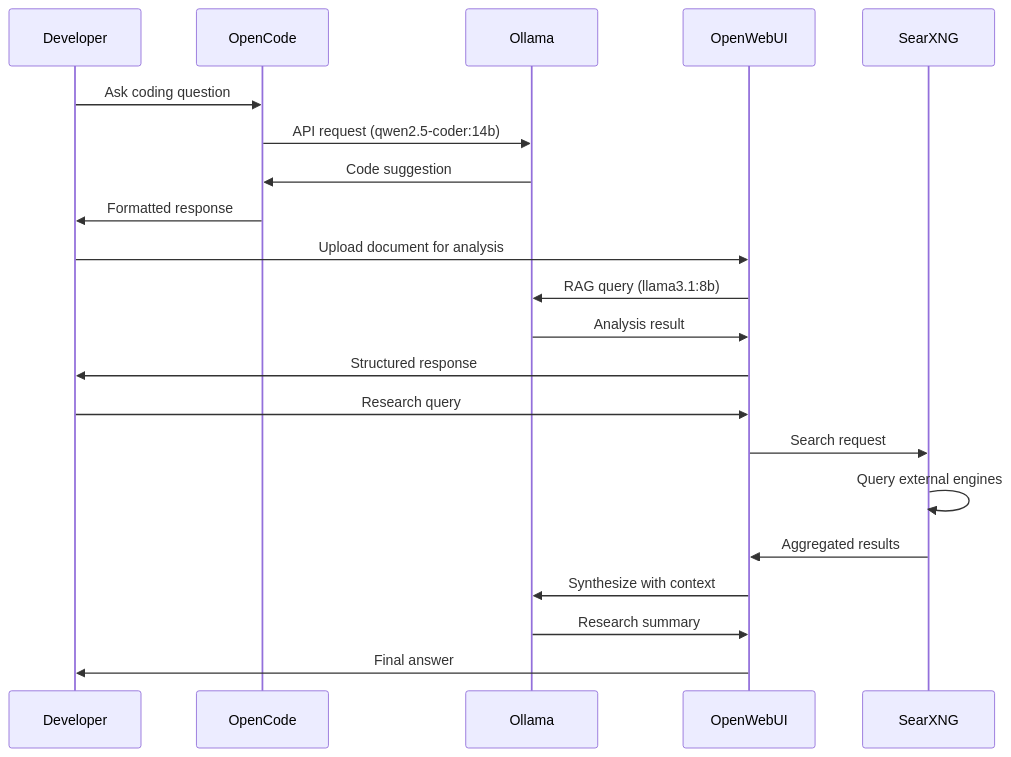
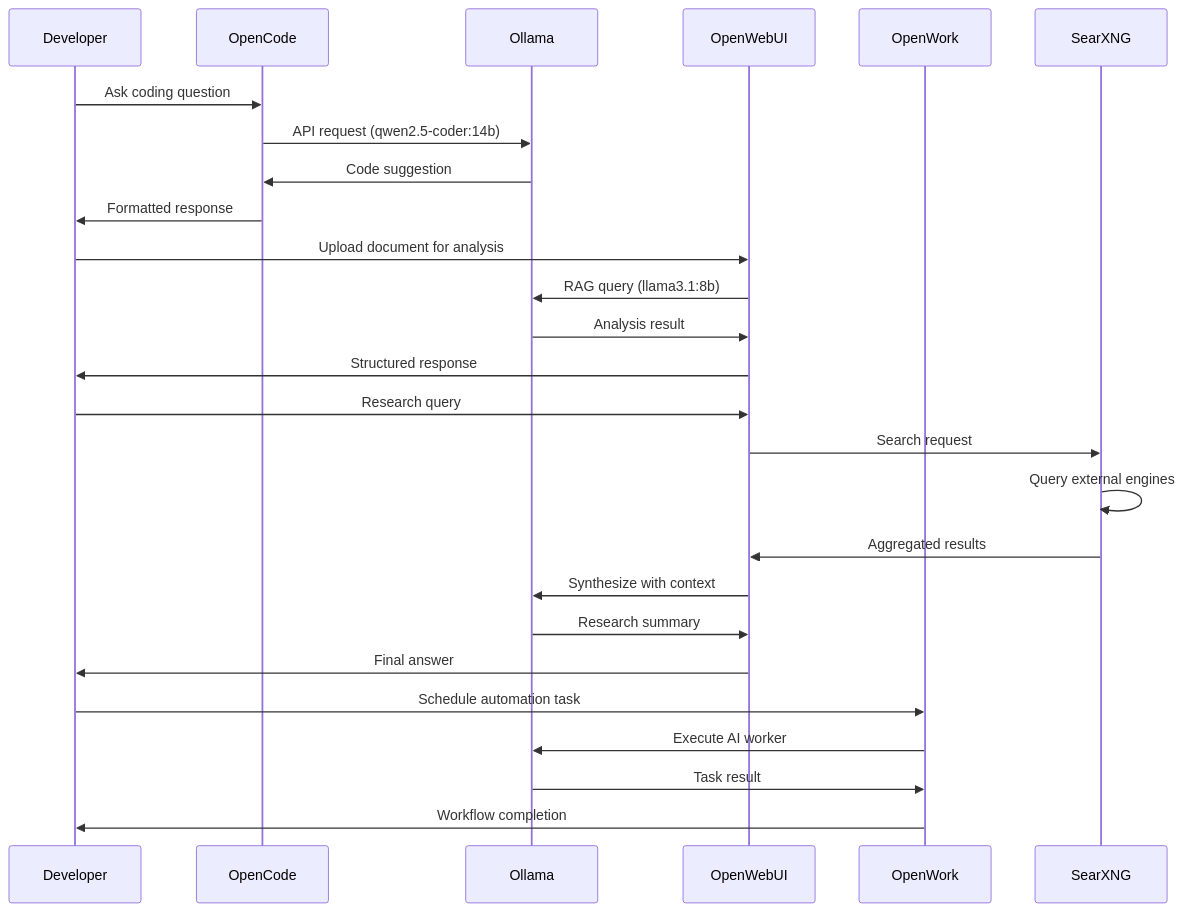
One commit to danielpsf/ai-experiments changed the second of 2 diagrams in docs/ARCHITECTURE.md. Above: the diagram before and after it, drawn with Mermaid. The commit also changed other lines of this file and 2 other files, not shown here.

First line of the commit message:
docs: fix broken README links and enhance architecture documentation

````diff
--- a/docs/ARCHITECTURE.md
+++ b/docs/ARCHITECTURE.md
@@ -282,26 +311,32 @@
 ```mermaid
 sequenceDiagram
     participant D as Developer
     participant C as OpenCode
     participant O as Ollama
     participant W as OpenWebUI
+    participant OWK as OpenWork
     participant S as SearXNG
     
     D->>C: Ask coding question
     C->>O: API request (qwen2.5-coder:14b)
     O->>C: Code suggestion
     C->>D: Formatted response
     
     D->>W: Upload document for analysis
     W->>O: RAG query (llama3.1:8b)
     O->>W: Analysis result
     W->>D: Structured response
     
     D->>W: Research query
     W->>S: Search request
     S->>S: Query external engines
     S->>W: Aggregated results
     W->>O: Synthesize with context
     O->>W: Research summary
     W->>D: Final answer
+    
+    D->>OWK: Schedule automation task
+    OWK->>O: Execute AI worker
+    O->>OWK: Task result
+    OWK->>D: Workflow completion
 ```
````
